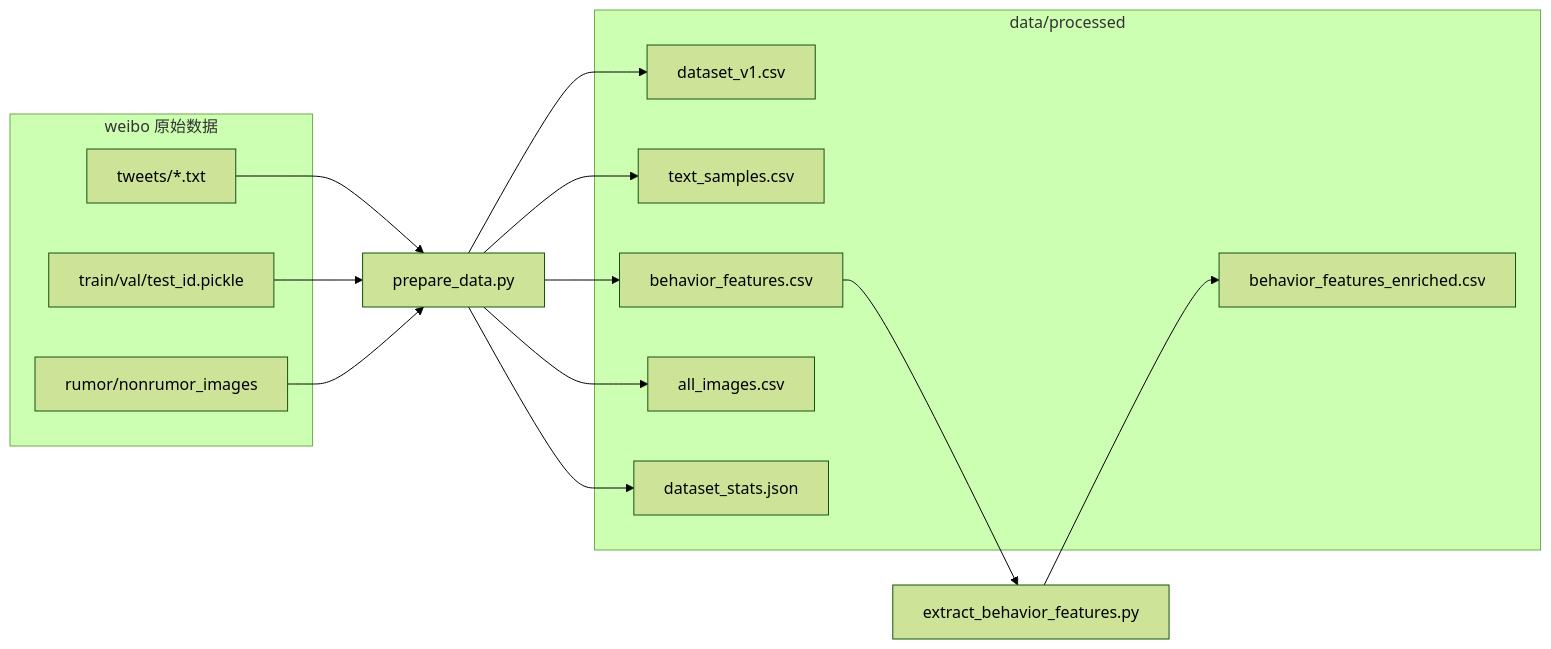
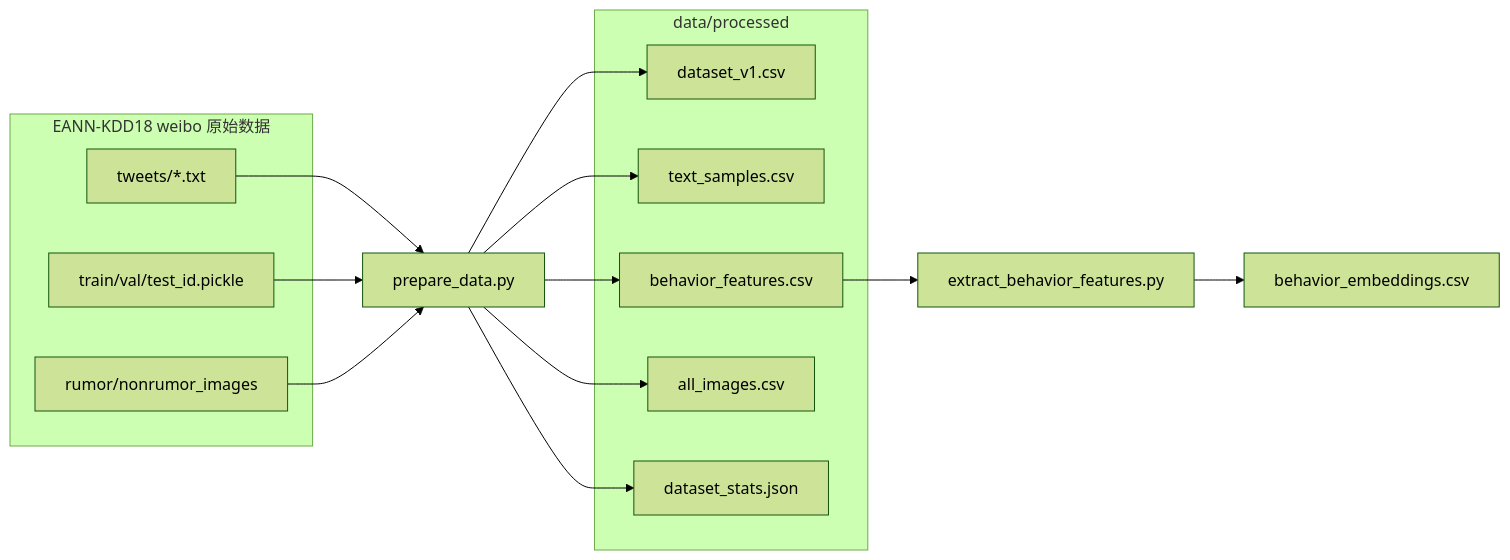
The diagram in document/Day2-A给B数据格式交接说明.md (LiaoYK001/NetContSecurity-Project-LHCGC-2026), drawn with Mermaid (forest theme) before and after one commit. The commit also changed other lines of this file and 1 other file, not shown here.

````diff
--- a/document/Day2-A给B数据格式交接说明.md
+++ b/document/Day2-A给B数据格式交接说明.md
@@ -33,28 +83,27 @@
 ```mermaid
 flowchart LR
-  subgraph raw [weibo 原始数据]
+  subgraph raw [EANN-KDD18 weibo 原始数据]
     tweets[tweets/*.txt]
     pickles[train/val/test_id.pickle]
     imgdir[rumor/nonrumor_images]
   end
   prepare[prepare_data.py]
-  enrich[extract_behavior_features.py]
+  behvec[extract_behavior_features.py]
   subgraph processed [data/processed]
     v1[dataset_v1.csv]
     text[text_samples.csv]
     beh[behavior_features.csv]
-    enriched[behavior_features_enriched.csv]
     imgs[all_images.csv]
     stats[dataset_stats.json]
   end
   tweets --> prepare
   pickles --> prepare
   imgdir --> prepare
   prepare --> v1
   prepare --> text
   prepare --> beh
   prepare --> imgs
   prepare --> stats
-  beh --> enrich
-  enrich --> enriched
+  beh --> behvec
+  behvec --> beh_emb[behavior_embeddings.csv]
 ```
````
